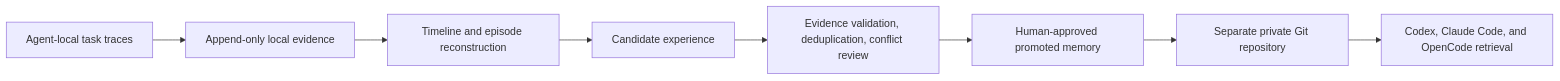
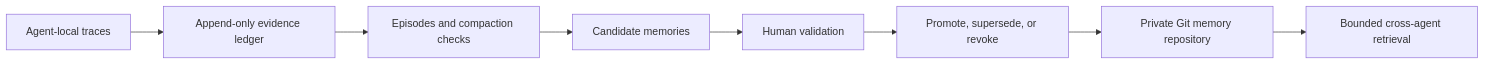
Before and after one commit to rrrrrredy/agent-memory-system: the diagram in README.md, drawn with Mermaid. The commit also changed other lines of this file and 26 other files, not shown here.

````diff
--- a/README.md
+++ b/README.md
@@ -20,10 +28,10 @@
 ```mermaid
 flowchart LR
-    A["Agent-local task traces"] --> B["Append-only local evidence"]
-    B --> C["Timeline and episode reconstruction"]
-    C --> D["Candidate experience"]
-    D --> E["Evidence validation, deduplication, conflict review"]
-    E --> F["Human-approved promoted memory"]
-    F --> G["Separate private Git repository"]
-    G --> H["Codex, Claude Code, and OpenCode retrieval"]
+    A["Agent-local traces"] --> B["Append-only evidence ledger"]
+    B --> C["Episodes and compaction checks"]
+    C --> D["Candidate memories"]
+    D --> E["Human validation"]
+    E --> F["Promote, supersede, or revoke"]
+    F --> G["Private Git memory repository"]
+    G --> H["Bounded cross-agent retrieval"]
 ```
````
